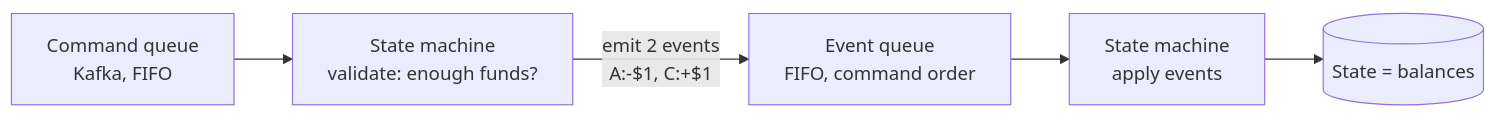
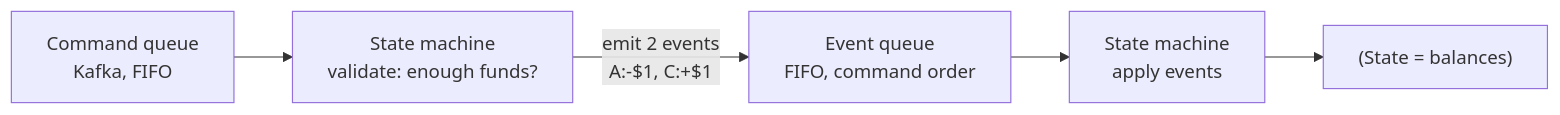
One commit to pankajThakur1874/studysheet changed the sixth of 9 diagrams in files/System-Design-Questions/26-digital_wallet_system_design.md. Above: the diagram before and after it, drawn with Mermaid. The commit also changed other lines of this file and 102 other files, not shown here.

Commit message:
Auto-fix Mermaid diagram syntax across all study guides to prevent Syntax Error in Mermaid v10

````diff
--- a/files/System-Design-Questions/26-digital_wallet_system_design.md
+++ b/files/System-Design-Questions/26-digital_wallet_system_design.md
@@ -272,7 +272,7 @@
 ```mermaid
 flowchart LR
-    Cmd[Command queue<br/>Kafka, FIFO] --> SM1[State machine<br/>validate: enough funds?]
-    SM1 -->|emit 2 events<br/>A:-$1, C:+$1| Evt[Event queue<br/>FIFO, command order]
-    Evt --> SM2[State machine<br/>apply events]
-    SM2 --> DB[(State = balances)]
+    Cmd["Command queue<br/>Kafka, FIFO"] --> SM1["State machine<br/>validate: enough funds?"]
+    SM1 -->|emit 2 events<br/>A:-$1, C:+$1| Evt["Event queue<br/>FIFO, command order"]
+    Evt --> SM2["State machine<br/>apply events"]
+    SM2 --> DB["(State = balances)"]
 ```
````
